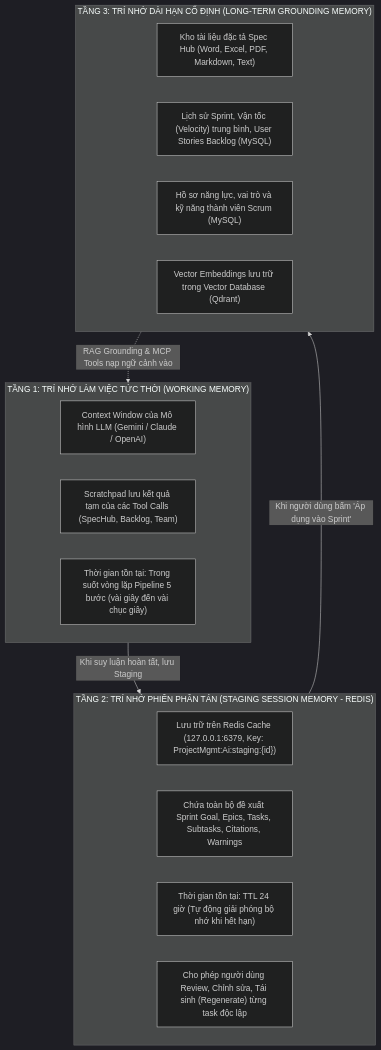
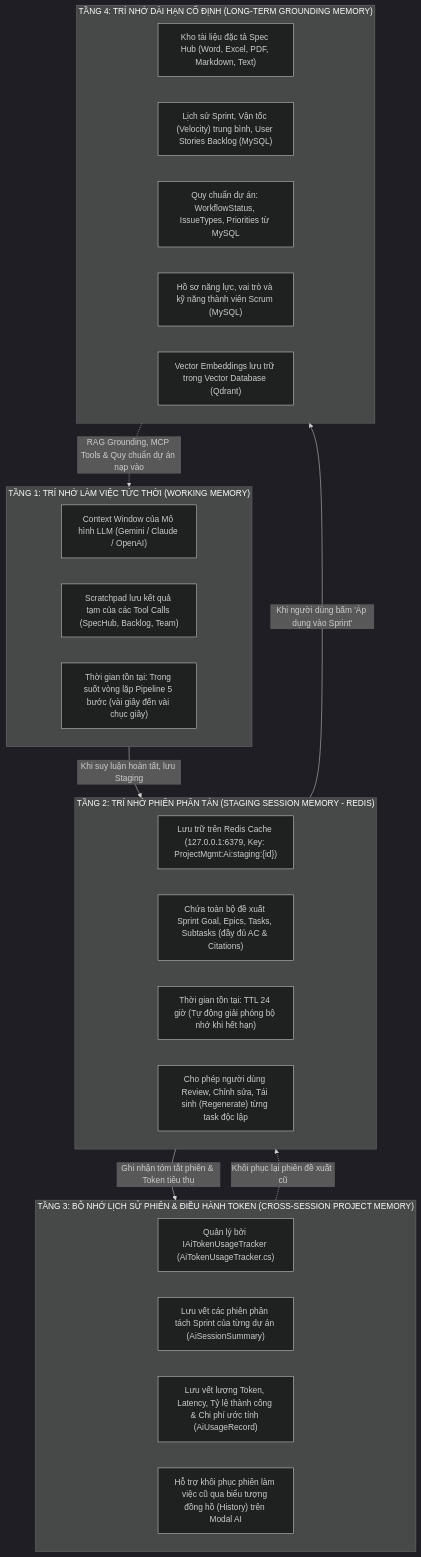
One commit to TranHoang2k40525/ProjectMgmt changed the first of 2 diagrams in docs/ai/03-co-che-tri-nho-redis-memory.md. Above: the diagram before and after it, drawn with Mermaid (dark theme). The commit also changed other lines of this file and 4 other files, not shown here.

Commit message:
docs(ai): update architecture, sequence, memory and defense guides for new features

````diff
--- a/docs/ai/03-co-che-tri-nho-redis-memory.md
+++ b/docs/ai/03-co-che-tri-nho-redis-memory.md
@@ -10,26 +10,36 @@
 ```mermaid
 flowchart TD
     subgraph T1["TẦNG 1: TRÍ NHỚ LÀM VIỆC TỨC THỜI (WORKING MEMORY)"]
         WM1["Context Window của Mô hình LLM (Gemini / Claude / OpenAI)"]
         WM2["Scratchpad lưu kết quả tạm của các Tool Calls (SpecHub, Backlog, Team)"]
         WM3["Thời gian tồn tại: Trong suốt vòng lặp Pipeline 5 bước (vài giây đến vài chục giây)"]
     end
 
     subgraph T2["TẦNG 2: TRÍ NHỚ PHIÊN PHÂN TÁN (STAGING SESSION MEMORY - REDIS)"]
         SM1["Lưu trữ trên Redis Cache (127.0.0.1:6379, Key: ProjectMgmt:Ai:staging:{id})"]
-        SM2["Chứa toàn bộ đề xuất Sprint Goal, Epics, Tasks, Subtasks, Citations, Warnings"]
+        SM2["Chứa toàn bộ đề xuất Sprint Goal, Epics, Tasks, Subtasks (đầy đủ AC & Citations)"]
         SM3["Thời gian tồn tại: TTL 24 giờ (Tự động giải phóng bộ nhớ khi hết hạn)"]
         SM4["Cho phép người dùng Review, Chỉnh sửa, Tái sinh (Regenerate) từng task độc lập"]
     end
 
-    subgraph T3["TẦNG 3: TRÍ NHỚ DÀI HẠN CỐ ĐỊNH (LONG-TERM GROUNDING MEMORY)"]
+    subgraph T3["TẦNG 3: BỘ NHỚ LỊCH SỬ PHIÊN & ĐIỀU HÀNH TOKEN (CROSS-SESSION PROJECT MEMORY)"]
+        PM1["Quản lý bởi IAiTokenUsageTracker (AiTokenUsageTracker.cs)"]
+        PM2["Lưu vết các phiên phân tách Sprint của từng dự án (AiSessionSummary)"]
+        PM3["Lưu vết lượng Token, Latency, Tỷ lệ thành công & Chi phí ước tính (AiUsageRecord)"]
+        PM4["Hỗ trợ khôi phục phiên làm việc cũ qua biểu tượng đồng hồ (History) trên Modal AI"]
+    end
+
+    subgraph T4["TẦNG 4: TRÍ NHỚ DÀI HẠN CỐ ĐỊNH (LONG-TERM GROUNDING MEMORY)"]
         LM1["Kho tài liệu đặc tả Spec Hub (Word, Excel, PDF, Markdown, Text)"]
         LM2["Lịch sử Sprint, Vận tốc (Velocity) trung bình, User Stories Backlog (MySQL)"]
-        LM3["Hồ sơ năng lực, vai trò và kỹ năng thành viên Scrum (MySQL)"]
-        LM4["Vector Embeddings lưu trữ trong Vector Database (Qdrant)"]
+        LM3["Quy chuẩn dự án: WorkflowStatus, IssueTypes, Priorities từ MySQL"]
+        LM4["Hồ sơ năng lực, vai trò và kỹ năng thành viên Scrum (MySQL)"]
+        LM5["Vector Embeddings lưu trữ trong Vector Database (Qdrant)"]
     end
 
     T1 -->|Khi suy luận hoàn tất, lưu Staging| T2
-    T2 -->|Khi người dùng bấm 'Áp dụng vào Sprint'| T3
-    T3 -.->|RAG Grounding & MCP Tools nạp ngữ cảnh vào| T1
+    T2 -->|Ghi nhận tóm tắt phiên & Token tiêu thụ| T3
+    T2 -->|Khi người dùng bấm 'Áp dụng vào Sprint'| T4
+    T3 -.->|Khôi phục lại phiên đề xuất cũ| T2
+    T4 -.->|RAG Grounding, MCP Tools & Quy chuẩn dự án nạp vào| T1
 ```
````
